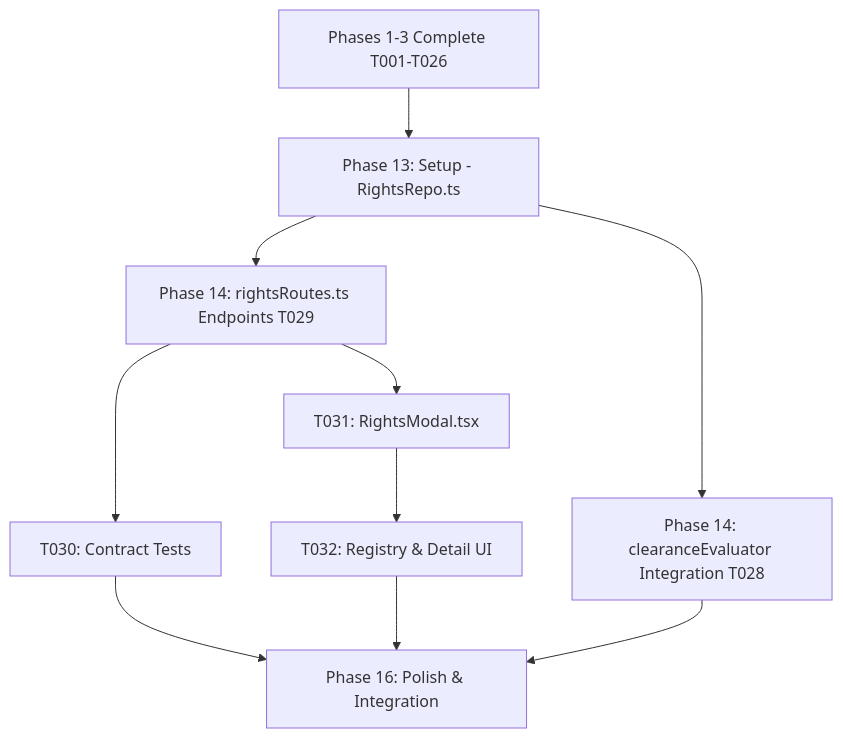
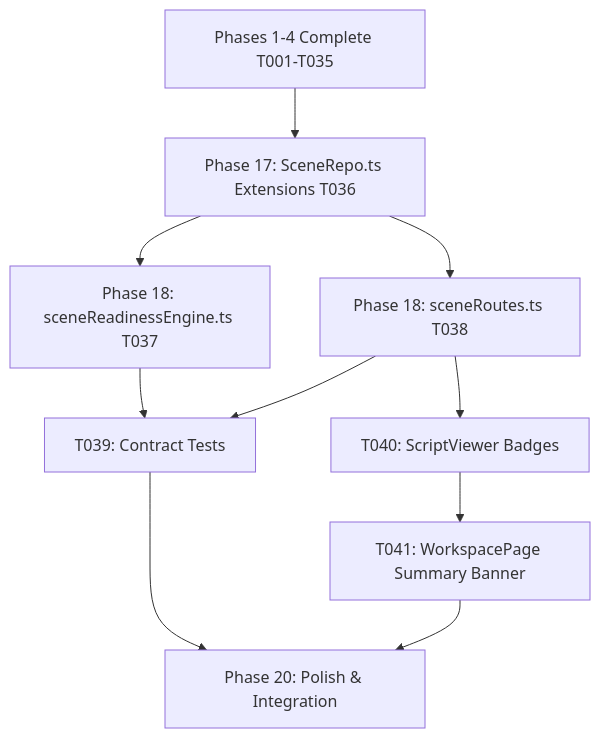
One commit to fmcgoohan/clearancescout changed the diagram in specs/016-production-clearance-model/tasks.md. Above: the diagram before and after it, drawn with Mermaid. The commit also changed other lines of this file, not shown here.

Commit message:
docs(tasks): append Phase 5 scene readiness state machine tasks to 016-production-clearance-model

````diff
--- a/specs/016-production-clearance-model/tasks.md
+++ b/specs/016-production-clearance-model/tasks.md
@@ -160,12 +208,12 @@
 ```mermaid
 graph TD
-    Phase1to12[Phases 1-3 Complete T001-T026] --> Phase13[Phase 13: Setup - RightsRepo.ts]
-    Phase13 --> Phase14_Eval[Phase 14: clearanceEvaluator Integration T028]
-    Phase13 --> Phase14_Routes[Phase 14: rightsRoutes.ts Endpoints T029]
-    Phase14_Routes --> US4_Tests[T030: Contract Tests]
-    Phase14_Routes --> US4_UI_Modal[T031: RightsModal.tsx]
-    US4_UI_Modal --> US4_UI_Table[T032: Registry & Detail UI]
-    US4_Tests --> Phase16[Phase 16: Polish & Integration]
-    US4_UI_Table --> Phase16
-    Phase14_Eval --> Phase16
+    Phases1to4[Phases 1-4 Complete T001-T035] --> Phase17[Phase 17: SceneRepo.ts Extensions T036]
+    Phase17 --> Phase18_Engine[Phase 18: sceneReadinessEngine.ts T037]
+    Phase17 --> Phase18_Routes[Phase 18: sceneRoutes.ts T038]
+    Phase18_Engine --> US5_Tests[T039: Contract Tests]
+    Phase18_Routes --> US5_Tests
+    Phase18_Routes --> US5_UI_Viewer[T040: ScriptViewer Badges]
+    US5_UI_Viewer --> US5_UI_Workspace[T041: WorkspacePage Summary Banner]
+    US5_Tests --> Phase20[Phase 20: Polish & Integration]
+    US5_UI_Workspace --> Phase20
 ```
````
